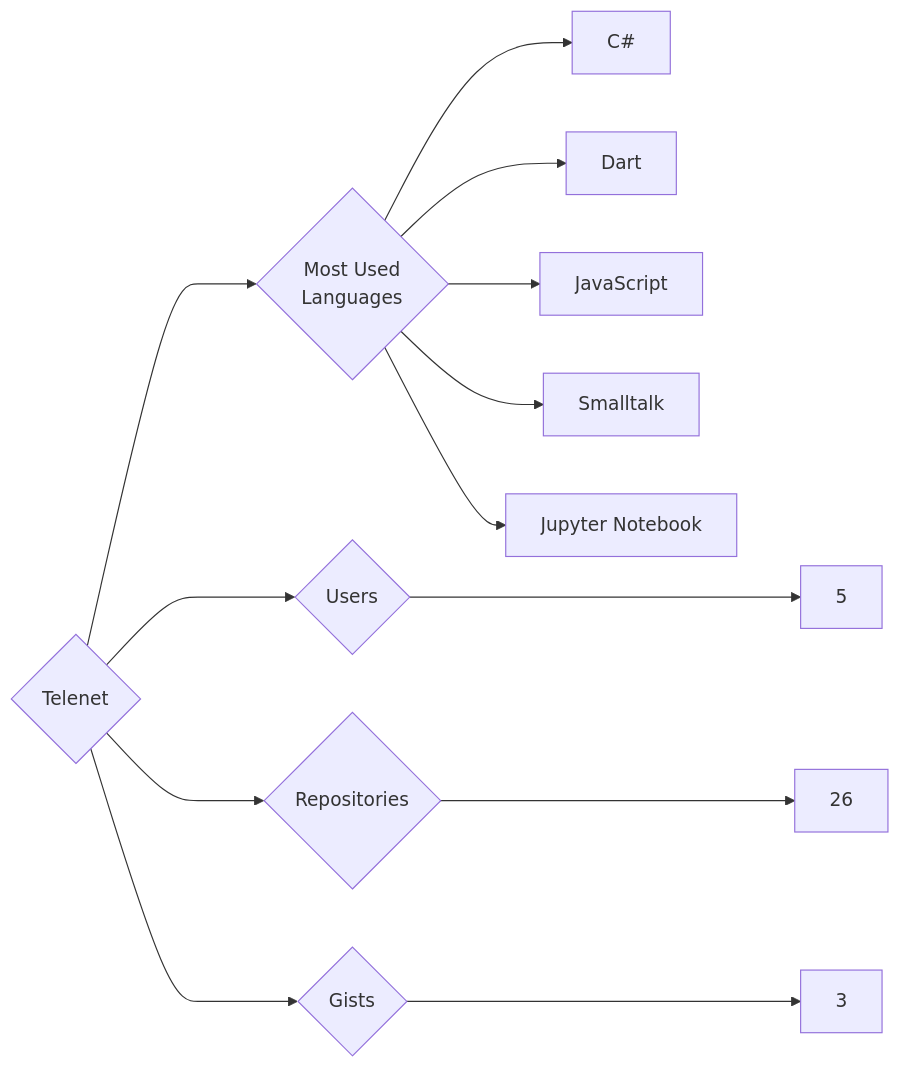
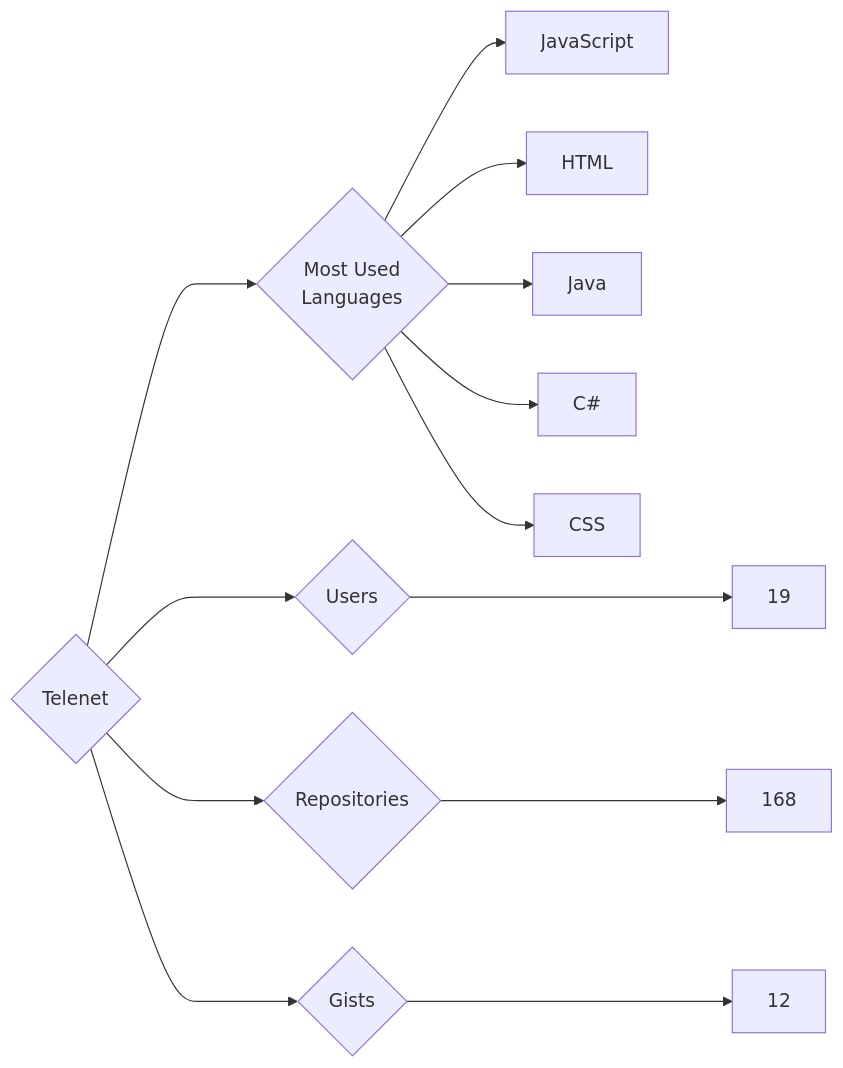
One commit to trickest/insiders changed the diagram in targets/Telenet/README.md. Above: the diagram before and after it, drawn with Mermaid. The commit also changed 806 other files, not shown here.

````diff
--- a/targets/Telenet/README.md
+++ b/targets/Telenet/README.md
@@ -3,13 +3,13 @@
 ```mermaid
 graph LR
 COMPANY_NAME{Telenet}
-COMPANY_NAME ---> U{Users} ---> UN[5]
-COMPANY_NAME ---> R{Repositories} ---> RN[26]
-COMPANY_NAME ---> G{Gists} ---> GN[3]
+COMPANY_NAME ---> U{Users} ---> UN[19]
+COMPANY_NAME ---> R{Repositories} ---> RN[168]
+COMPANY_NAME ---> G{Gists} ---> GN[12]
 COMPANY_NAME ---> ML{Most Used<br>Languages}
+ML --> JavaScript[JavaScript]
+ML --> HTML[HTML]
+ML --> Java[Java]
 ML --> C#[C#]
-ML --> Dart[Dart]
-ML --> JavaScript[JavaScript]
-ML --> Smalltalk[Smalltalk]
-ML --> Jupyter_Notebook[Jupyter Notebook]
+ML --> CSS[CSS]
 ```
````
